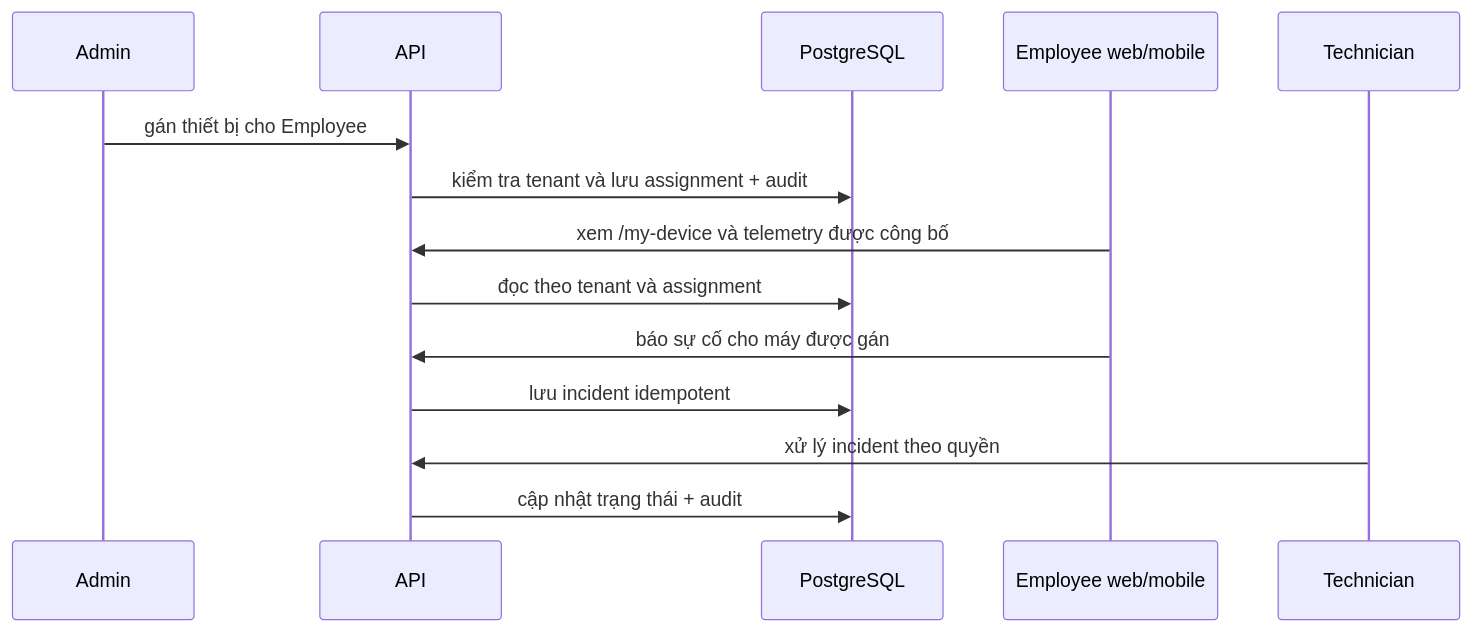
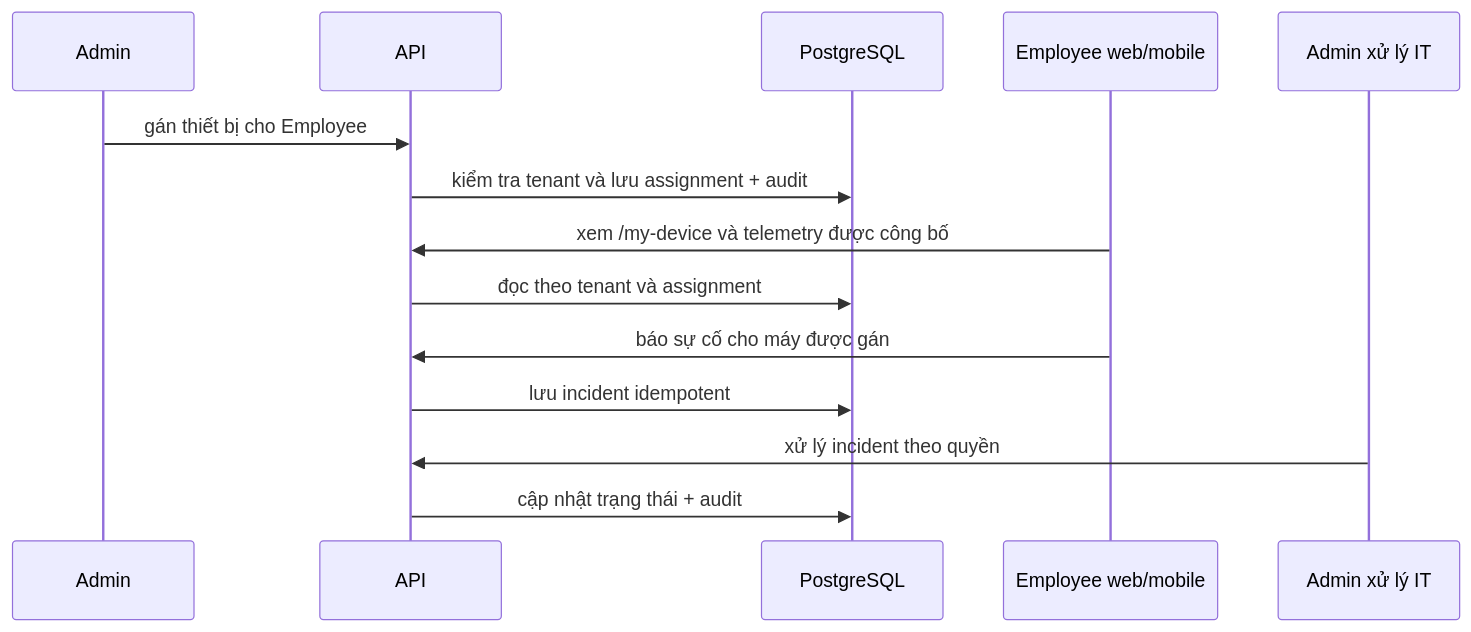
One commit to psy-zney/SentinelLAN changed the third of 3 diagrams in docs/architecture/data-flow.md. Above: the diagram before and after it, drawn with Mermaid. The commit also changed other lines of this file and 777 other files, not shown here.

````diff
--- a/docs/architecture/data-flow.md
+++ b/docs/architecture/data-flow.md
@@ -45,16 +45,16 @@
 ```mermaid
 sequenceDiagram
   participant Admin
   participant API
   participant DB as PostgreSQL
   participant Employee as Employee web/mobile
-  participant Tech as Technician
+  participant Tech as Admin xử lý IT
   Admin->>API: gán thiết bị cho Employee
   API->>DB: kiểm tra tenant và lưu assignment + audit
   Employee->>API: xem /my-device và telemetry được công bố
   API->>DB: đọc theo tenant và assignment
   Employee->>API: báo sự cố cho máy được gán
   API->>DB: lưu incident idempotent
   Tech->>API: xử lý incident theo quyền
   API->>DB: cập nhật trạng thái + audit
 ```
````
